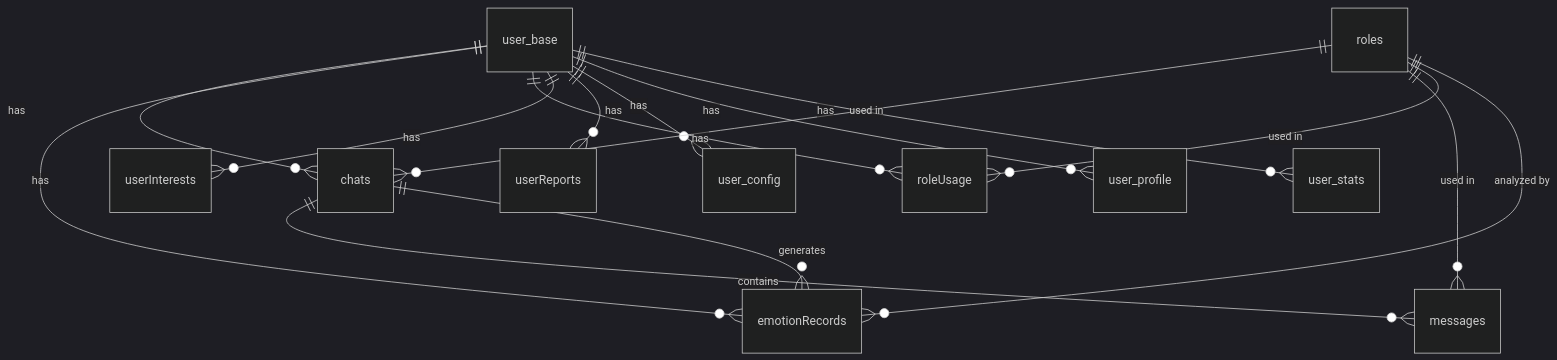
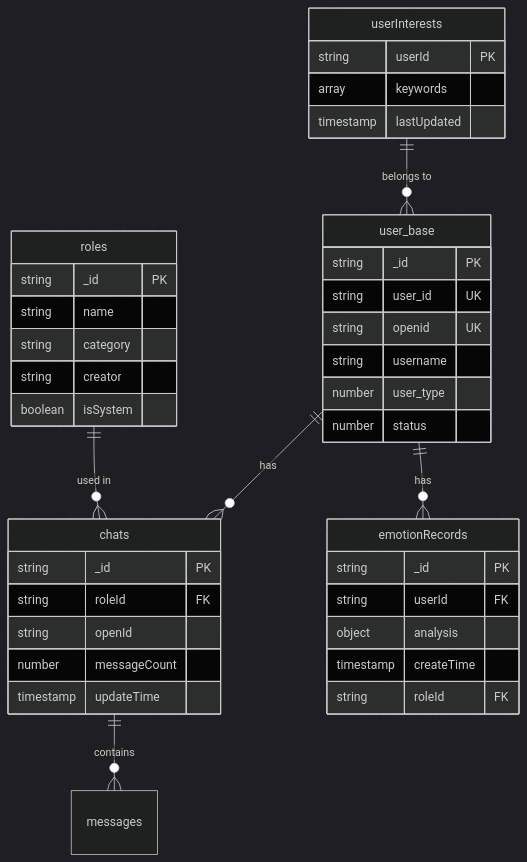
Before and after one commit to RainbowRain9/HeartChat: the second of 3 diagrams in .qoder/repowiki/zh/content/后端架构/数据库设计/数据库设计.md, drawn with Mermaid (dark theme). The commit also changed other lines of this file and 208 other files, not shown here.

````diff
--- a/.qoder/repowiki/zh/content/后端架构/数据库设计/数据库设计.md
+++ b/.qoder/repowiki/zh/content/后端架构/数据库设计/数据库设计.md
@@ -405,17 +153,42 @@
 ```mermaid
 erDiagram
+userInterests ||--o{ user_base : "belongs to"
+roles ||--o{ chats : "used in"
+chats ||--o{ messages : "contains"
+user_base ||--o{ emotionRecords : "has"
 user_base ||--o{ chats : "has"
-user_base ||--o{ emotionRecords : "has"
-user_base ||--o{ roleUsage : "has"
-user_base ||--o{ userInterests : "has"
-user_base ||--o{ userReports : "has"
-user_base ||--o{ user_config : "has"
-user_base ||--o{ user_profile : "has"
-user_base ||--o{ user_stats : "has"
-roles ||--o{ chats : "used in"
-roles ||--o{ messages : "used in"
-roles ||--o{ roleUsage : "used in"
-roles ||--o{ emotionRecords : "analyzed by"
-chats ||--o{ messages : "contains"
-chats ||--o{ emotionRecords : "generates"
+userInterests {
+string userId PK
+array keywords
+timestamp lastUpdated
+}
+roles {
+string _id PK
+string name
+string category
+string creator
+boolean isSystem
+}
+chats {
+string _id PK
+string roleId FK
+string openId
+number messageCount
+timestamp updateTime
+}
+emotionRecords {
+string _id PK
+string userId FK
+object analysis
+timestamp createTime
+string roleId FK
+}
+user_base {
+string _id PK
+string user_id UK
+string openid UK
+string username
+number user_type
+number status
+}
 ```
````
